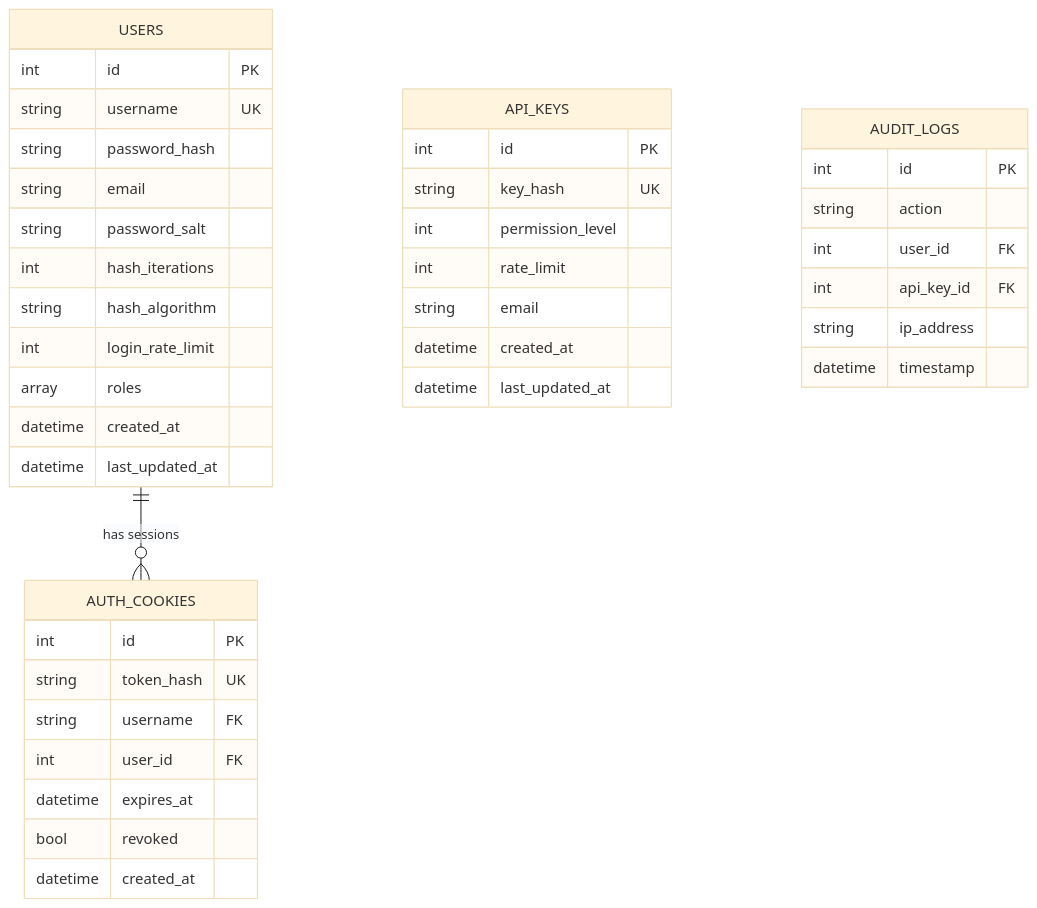
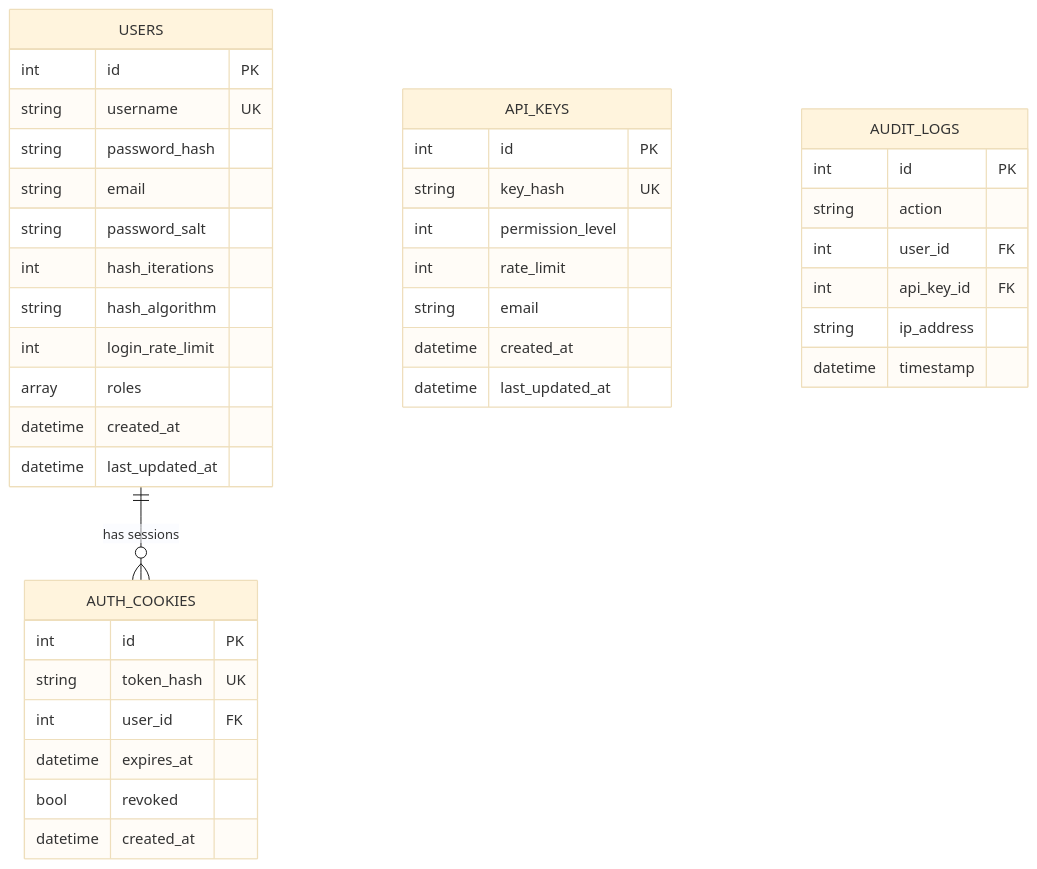
One commit to Franktorio/database-service changed the diagram in docs/DATABASE.md. Above: the diagram before and after it, drawn with Mermaid (base theme). The commit also changed other lines of this file and 6 other files, not shown here.

````diff
--- a/docs/DATABASE.md
+++ b/docs/DATABASE.md
@@ -139,43 +138,42 @@
 ```mermaid
 erDiagram
     USERS ||--o{ AUTH_COOKIES : "has sessions"
     USERS {
         int id PK
         string username UK
         string password_hash
         string email
         string password_salt
         int hash_iterations
         string hash_algorithm
         int login_rate_limit
         array roles
         datetime created_at
         datetime last_updated_at
     }
     AUTH_COOKIES {
         int id PK
         string token_hash UK
-        string username FK
         int user_id FK
         datetime expires_at
         bool revoked
         datetime created_at
     }
     API_KEYS {
         int id PK
         string key_hash UK
         int permission_level
         int rate_limit
         string email
         datetime created_at
         datetime last_updated_at
     }
     AUDIT_LOGS {
         int id PK
         string action
         int user_id FK
         int api_key_id FK
         string ip_address
         datetime timestamp
     }
 ```
````
